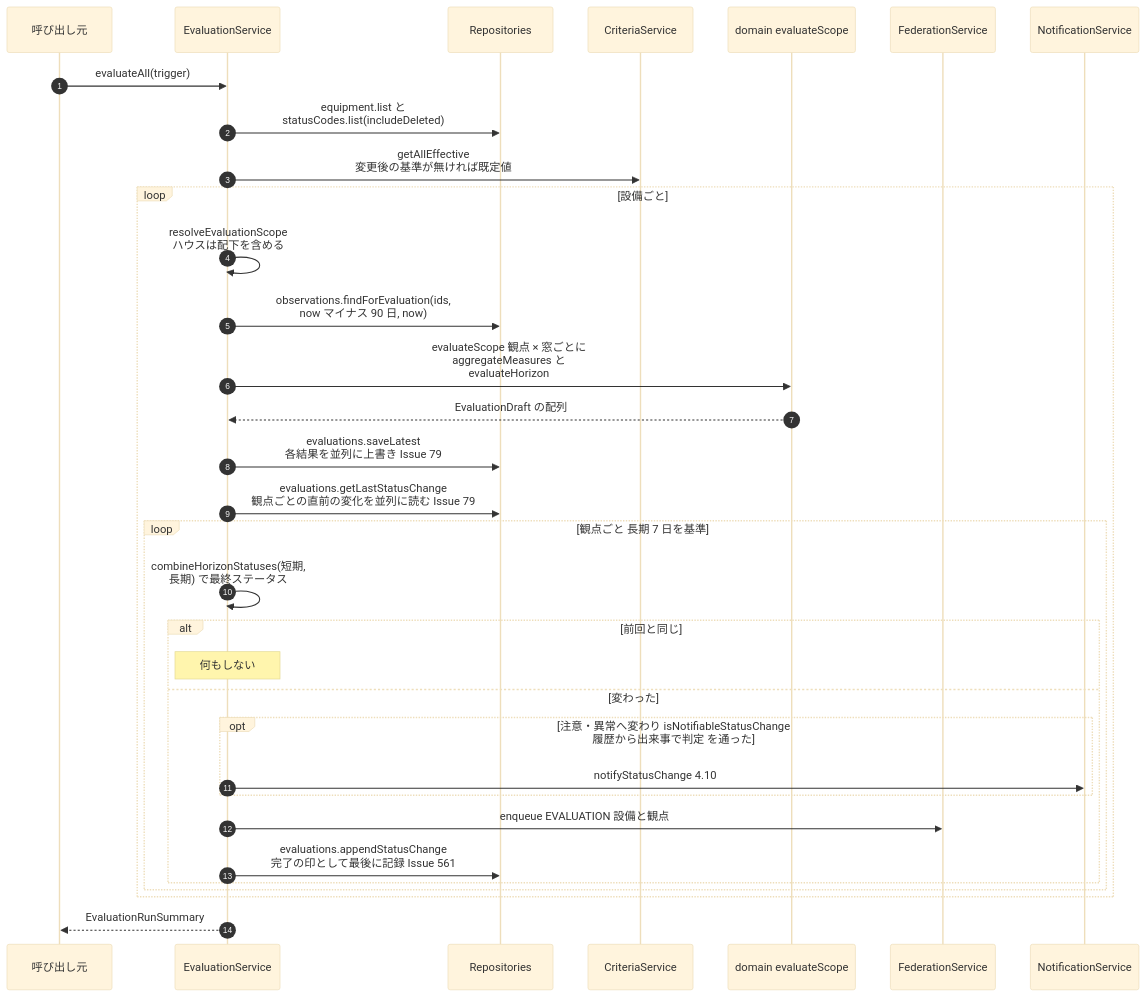
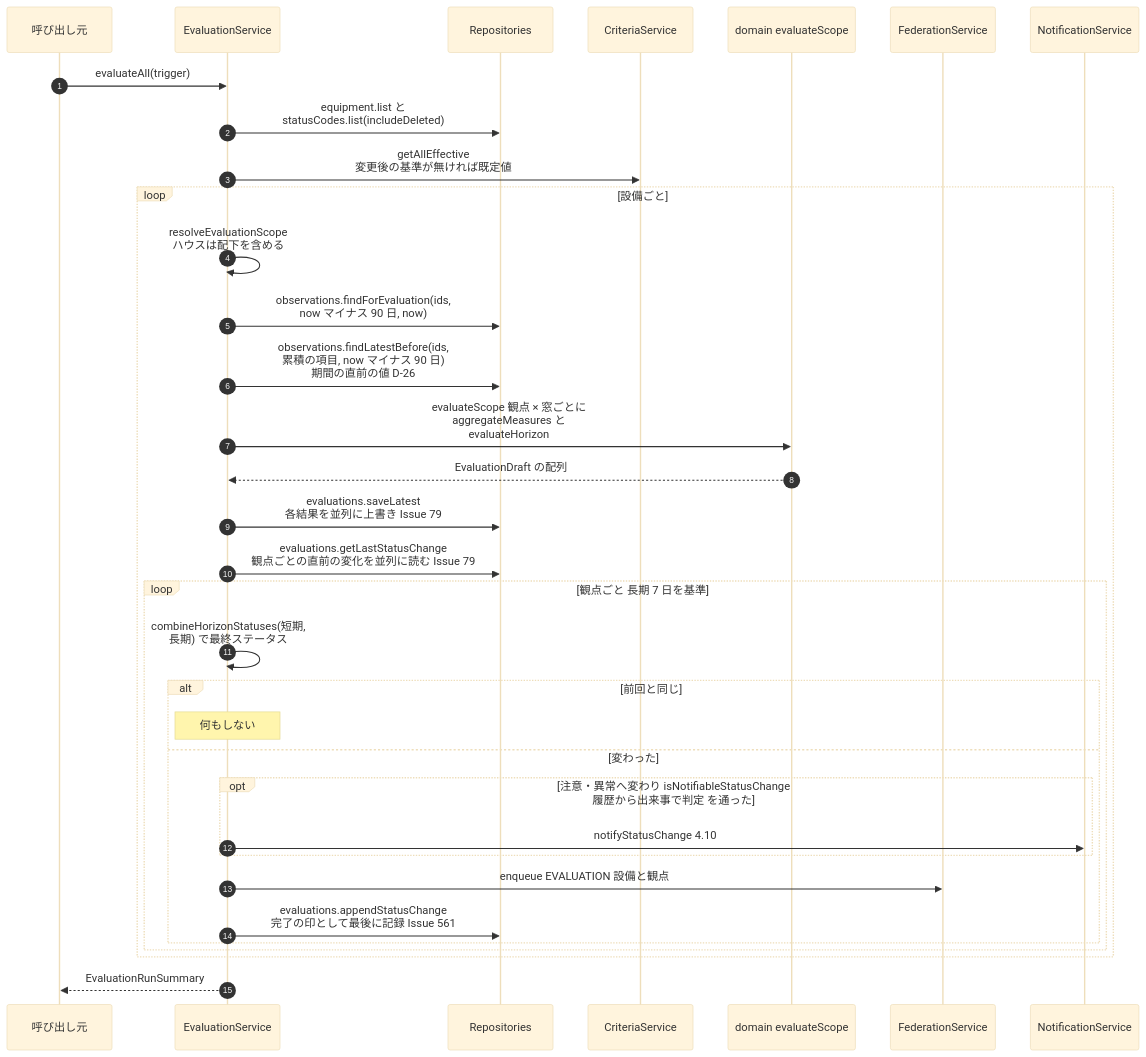
Diagram 15 of 47 in docs/10_design/architecture/as-built.md (NS-APU/smart-farm-monitoring), drawn with Mermaid (base theme) before and after one commit. The commit also changed other lines of this file and 7 other files, not shown here.

````diff
--- a/docs/10_design/architecture/as-built.md
+++ b/docs/10_design/architecture/as-built.md
@@ -1346,36 +1346,37 @@
 ```mermaid
 sequenceDiagram
   autonumber
   participant C as 呼び出し元
   participant EV as EvaluationService
   participant REP as Repositories
   participant CS as CriteriaService
   participant DOM as domain evaluateScope
   participant FS as FederationService
   participant NS as NotificationService
 
   C->>EV: evaluateAll(trigger)
   EV->>REP: equipment.list と<br>statusCodes.list(includeDeleted)
   EV->>CS: getAllEffective<br>変更後の基準が無ければ既定値
   loop 設備ごと
     EV->>EV: resolveEvaluationScope<br>ハウスは配下を含める
     EV->>REP: observations.findForEvaluation(ids,<br>now マイナス 90 日, now)
+    EV->>REP: observations.findLatestBefore(ids,<br>累積の項目, now マイナス 90 日)<br>期間の直前の値 D-26
     EV->>DOM: evaluateScope 観点 × 窓ごとに<br>aggregateMeasures と<br>evaluateHorizon
     DOM-->>EV: EvaluationDraft の配列
     EV->>REP: evaluations.saveLatest<br>各結果を並列に上書き Issue 79
     EV->>REP: evaluations.getLastStatusChange<br>観点ごとの直前の変化を並列に読む Issue 79
     loop 観点ごと 長期 7 日を基準
       EV->>EV: combineHorizonStatuses(短期,<br>長期) で最終ステータス
       alt 前回と同じ
         Note over EV: 何もしない
       else 変わった
         opt 注意・異常へ変わり isNotifiableStatusChange<br>履歴から出来事で判定 を通った
           EV->>NS: notifyStatusChange 4.10
         end
         EV->>FS: enqueue EVALUATION 設備と観点
         EV->>REP: evaluations.appendStatusChange<br>完了の印として最後に記録 Issue 561
       end
     end
   end
   EV-->>C: EvaluationRunSummary
 ```
````
